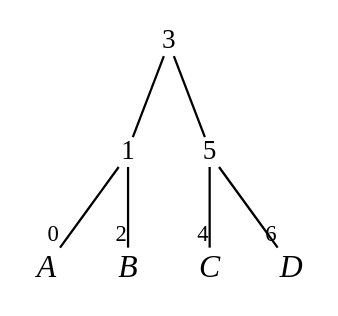
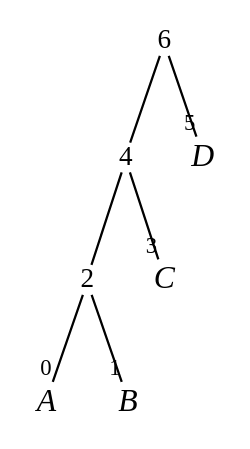
The diagram in output/sddEx_vtree.dot (Soichi-Utsunomiya/FTA-by-SDD), drawn with Graphviz before and after one commit. The commit also changed 16 other files, not shown here.

```diff
--- a/output/sddEx_vtree.dot
+++ b/output/sddEx_vtree.dot
@@ -1,21 +1,21 @@
 
 digraph vtree {
 
 overlap=false
 
-n3 [label="3",fontname="Times",shape="plaintext",fontsize=12,fixedsize=true,width=.2,height=.18]; 
-n1 [label="1",fontname="Times",shape="plaintext",fontsize=12,fixedsize=true,width=.2,height=.18]; 
+n6 [label="6",fontname="Times",shape="plaintext",fontsize=12,fixedsize=true,width=.2,height=.18]; 
+n4 [label="4",fontname="Times",shape="plaintext",fontsize=12,fixedsize=true,width=.2,height=.18]; 
+n2 [label="2",fontname="Times",shape="plaintext",fontsize=12,fixedsize=true,width=.2,height=.18]; 
 n0 [label="A",fontname="Times-Italic",fontsize=14,shape="plaintext",fixedsize=true,width=.25,height=.25]; 
-n2 [label="B",fontname="Times-Italic",fontsize=14,shape="plaintext",fixedsize=true,width=.25,height=.25]; 
-n5 [label="5",fontname="Times",shape="plaintext",fontsize=12,fixedsize=true,width=.2,height=.18]; 
-n4 [label="C",fontname="Times-Italic",fontsize=14,shape="plaintext",fixedsize=true,width=.25,height=.25]; 
-n6 [label="D",fontname="Times-Italic",fontsize=14,shape="plaintext",fixedsize=true,width=.25,height=.25]; 
-n3->n1 [arrowhead=none];
-n1->n0 [headclip=true,arrowhead=none,headlabel="0",labelfontname="Times",labelfontsize=10];
-n1->n2 [headclip=true,arrowhead=none,headlabel="2",labelfontname="Times",labelfontsize=10];
-n3->n5 [arrowhead=none];
-n5->n4 [headclip=true,arrowhead=none,headlabel="4",labelfontname="Times",labelfontsize=10];
-n5->n6 [headclip=true,arrowhead=none,headlabel="6",labelfontname="Times",labelfontsize=10];
+n1 [label="B",fontname="Times-Italic",fontsize=14,shape="plaintext",fixedsize=true,width=.25,height=.25]; 
+n3 [label="C",fontname="Times-Italic",fontsize=14,shape="plaintext",fixedsize=true,width=.25,height=.25]; 
+n5 [label="D",fontname="Times-Italic",fontsize=14,shape="plaintext",fixedsize=true,width=.25,height=.25]; 
+n6->n4 [arrowhead=none];
+n4->n2 [arrowhead=none];
+n2->n0 [headclip=true,arrowhead=none,headlabel="0",labelfontname="Times",labelfontsize=10];
+n2->n1 [headclip=true,arrowhead=none,headlabel="1",labelfontname="Times",labelfontsize=10];
+n4->n3 [headclip=true,arrowhead=none,headlabel="3",labelfontname="Times",labelfontsize=10];
+n6->n5 [headclip=true,arrowhead=none,headlabel="5",labelfontname="Times",labelfontsize=10];
 
 
 }
```
